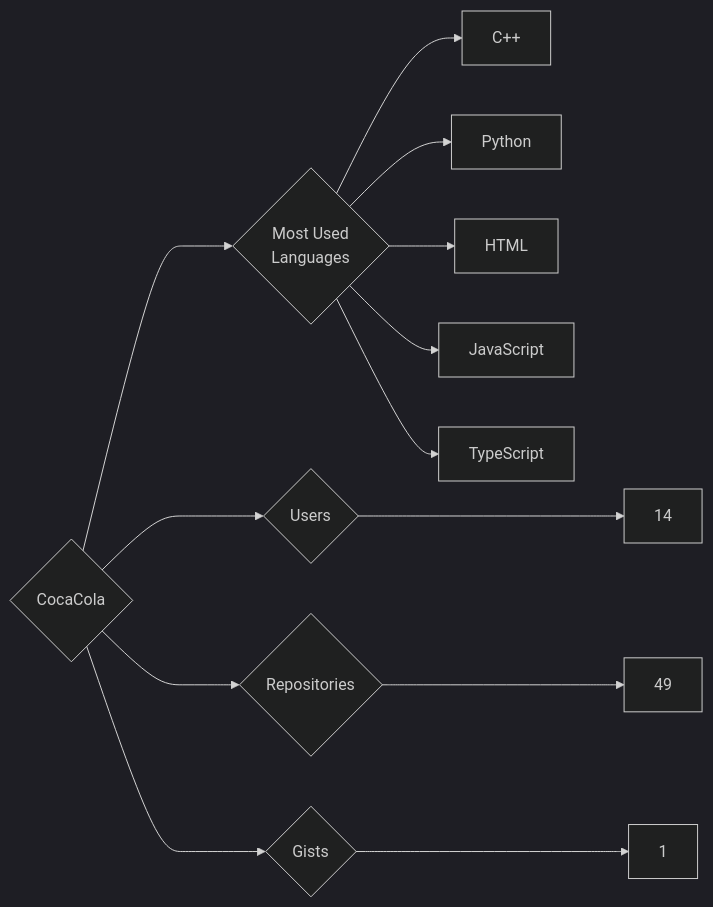
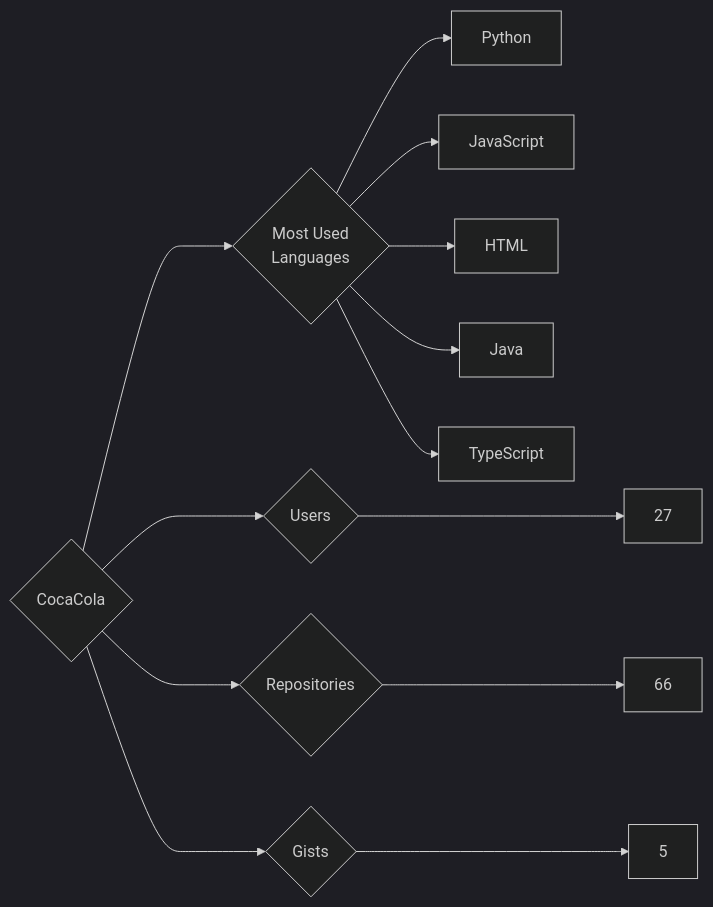
The diagram in targets/CocaCola/README.md (trickest/insiders), drawn with Mermaid (dark theme) before and after one commit. The commit also changed 934 other files, not shown here.

````diff
--- a/targets/CocaCola/README.md
+++ b/targets/CocaCola/README.md
@@ -3,13 +3,13 @@
 ```mermaid
 graph LR
 COMPANY_NAME{CocaCola}
-COMPANY_NAME ---> U{Users} ---> UN[14]
-COMPANY_NAME ---> R{Repositories} ---> RN[49]
-COMPANY_NAME ---> G{Gists} ---> GN[1]
+COMPANY_NAME ---> U{Users} ---> UN[27]
+COMPANY_NAME ---> R{Repositories} ---> RN[66]
+COMPANY_NAME ---> G{Gists} ---> GN[5]
 COMPANY_NAME ---> ML{Most Used<br>Languages}
-ML --> C++[C++]
 ML --> Python[Python]
+ML --> JavaScript[JavaScript]
 ML --> HTML[HTML]
-ML --> JavaScript[JavaScript]
+ML --> Java[Java]
 ML --> TypeScript[TypeScript]
 ```
````
